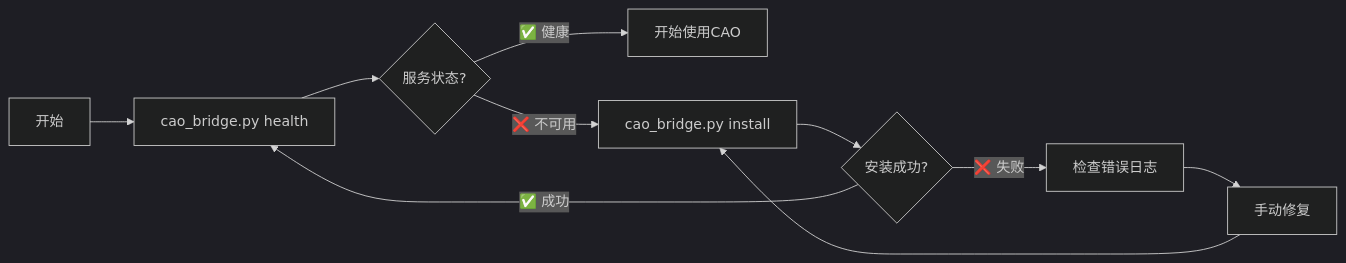
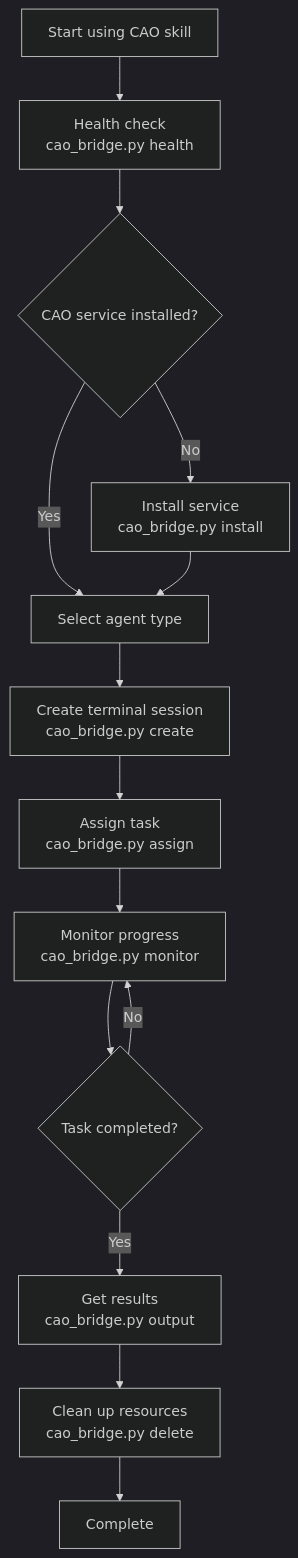
One commit to yubing744/cao-skill changed the diagram in README.md. Above: the diagram before and after it, drawn with Mermaid (dark theme). The commit also changed other lines of this file and 3 other files, not shown here.

````diff
--- a/README.md
+++ b/README.md
@@ -112,12 +85,16 @@
 ```mermaid
-flowchart LR
-    A[开始] --> B[cao_bridge.py health]
-    B --> C{服务状态?}
-    C -->|✅ 健康| D[开始使用CAO]
-    C -->|❌ 不可用| E[cao_bridge.py install]
-    E --> F{安装成功?}
-    F -->|✅ 成功| B
-    F -->|❌ 失败| G[检查错误日志]
-    G --> H[手动修复]
-    H --> E
+flowchart TD
+    A[Start using CAO skill] --> B[Health check<br>cao_bridge.py health]
+    B --> C{CAO service installed?}
+    C -->|No| D[Install service<br>cao_bridge.py install]
+    C -->|Yes| E[Select agent type]
+    D --> E
+    E --> F[Create terminal session<br>cao_bridge.py create]
+    F --> G[Assign task<br>cao_bridge.py assign]
+    G --> H[Monitor progress<br>cao_bridge.py monitor]
+    H --> I{Task completed?}
+    I -->|No| H
+    I -->|Yes| J[Get results<br>cao_bridge.py output]
+    J --> K[Clean up resources<br>cao_bridge.py delete]
+    K --> L[Complete]
 ```
````
